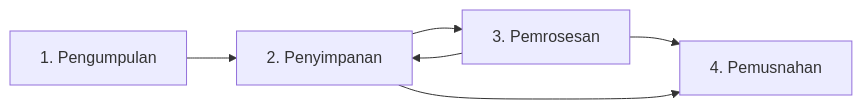
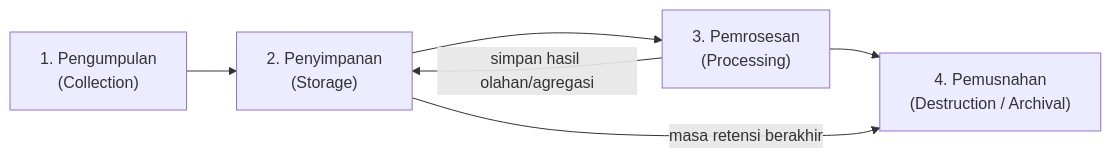
One commit to Kyfaiyya/Modul-Smartcity-LAB-KCKS-IT-ITS changed the second of 2 diagrams in Modul 3.1.md. Above: the diagram before and after it, drawn with Mermaid. The commit also changed other lines of this file, not shown here.

````diff
--- a/Modul 3.1.md
+++ b/Modul 3.1.md
@@ -192,8 +155,8 @@
 ```mermaid
 flowchart LR
-    A["1. Pengumpulan"] --> B["2. Penyimpanan"]
-    B --> C["3. Pemrosesan"]
-    C --> B
-    C --> D["4. Pemusnahan"]
-    B --> D
+    A["1. Pengumpulan\n(Collection)"] --> B["2. Penyimpanan\n(Storage)"]
+    B --> C["3. Pemrosesan\n(Processing)"]
+    C -- "simpan hasil olahan/agregasi" --> B
+    C --> D["4. Pemusnahan\n(Destruction / Archival)"]
+    B -- "masa retensi berakhir" --> D
 ```
````
